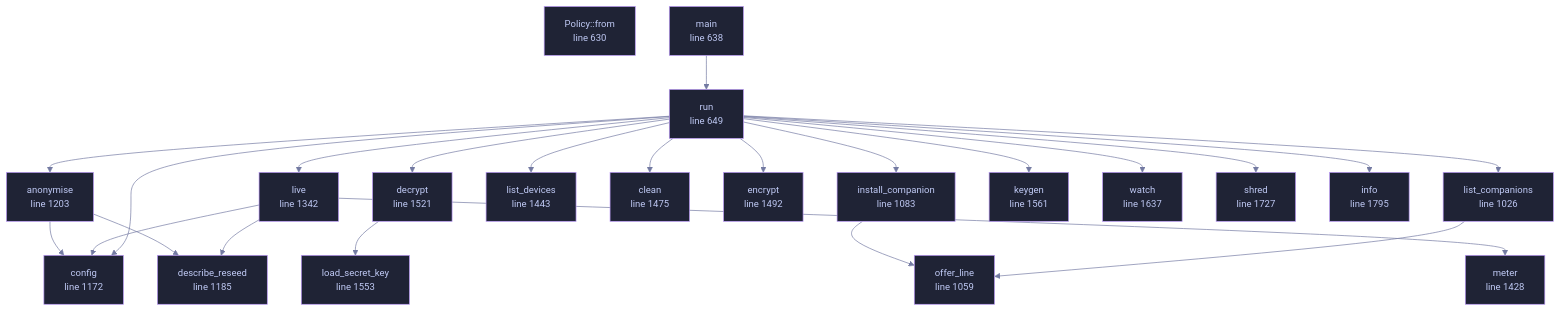
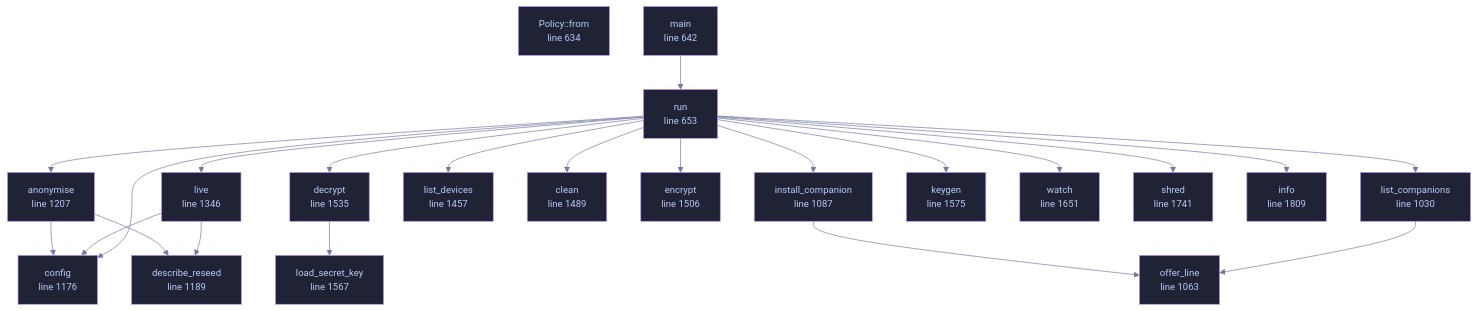
The diagram in docs/files/veilvoice-cli/main.md (tilas01/veilvoice), drawn with Mermaid before and after one commit. The commit also changed other lines of this file and 20 other files, not shown here.

````diff
--- a/docs/files/veilvoice-cli/main.md
+++ b/docs/files/veilvoice-cli/main.md
@@ -115,68 +115,65 @@
 ```mermaid
 %%{init: {"theme":"base","themeVariables":{"background":"#1a1b26","primaryColor":"#1f2335","primaryTextColor":"#c0caf5","primaryBorderColor":"#7aa2f7","secondaryColor":"#16161e","tertiaryColor":"#16161e","lineColor":"#737aa2","textColor":"#c0caf5","mainBkg":"#1f2335","nodeBorder":"#7aa2f7","clusterBkg":"#16161e","clusterBorder":"#2f3549","fontFamily":"ui-monospace, SFMono-Regular, Consolas, monospace","fontSize":"14px"}}}%%
 flowchart TD
-    n_from["Policy::from<br/>line 630"]
-    n_main["main<br/>line 638"]
-    n_run["run<br/>line 649"]
-    n_list_companions["list_companions<br/>line 1026"]
-    n_offer_line["offer_line<br/>line 1059"]
-    n_install_companion["install_companion<br/>line 1083"]
-    n_config["config<br/>line 1172"]
-    n_describe_reseed["describe_reseed<br/>line 1185"]
-    n_anonymise["anonymise<br/>line 1203"]
-    n_live["live<br/>line 1342"]
-    n_meter["meter<br/>line 1428"]
-    n_list_devices["list_devices<br/>line 1443"]
-    n_clean["clean<br/>line 1475"]
-    n_encrypt["encrypt<br/>line 1492"]
-    n_decrypt["decrypt<br/>line 1521"]
-    n_load_secret_key["load_secret_key<br/>line 1553"]
-    n_keygen["keygen<br/>line 1561"]
-    n_watch["watch<br/>line 1637"]
-    n_shred["shred<br/>line 1727"]
-    n_info["info<br/>line 1795"]
+    n_from["Policy::from<br/>line 634"]
+    n_main["main<br/>line 642"]
+    n_run["run<br/>line 653"]
+    n_list_companions["list_companions<br/>line 1030"]
+    n_offer_line["offer_line<br/>line 1063"]
+    n_install_companion["install_companion<br/>line 1087"]
+    n_config["config<br/>line 1176"]
+    n_describe_reseed["describe_reseed<br/>line 1189"]
+    n_anonymise["anonymise<br/>line 1207"]
+    n_live["live<br/>line 1346"]
+    n_list_devices["list_devices<br/>line 1457"]
+    n_clean["clean<br/>line 1489"]
+    n_encrypt["encrypt<br/>line 1506"]
+    n_decrypt["decrypt<br/>line 1535"]
+    n_load_secret_key["load_secret_key<br/>line 1567"]
+    n_keygen["keygen<br/>line 1575"]
+    n_watch["watch<br/>line 1651"]
+    n_shred["shred<br/>line 1741"]
+    n_info["info<br/>line 1809"]
     n_anonymise --> n_config
     n_anonymise --> n_describe_reseed
     n_decrypt --> n_load_secret_key
     n_install_companion --> n_offer_line
     n_list_companions --> n_offer_line
     n_live --> n_config
     n_live --> n_describe_reseed
-    n_live --> n_meter
     n_main --> n_run
     n_run --> n_anonymise
     n_run --> n_clean
     n_run --> n_config
     n_run --> n_decrypt
     n_run --> n_encrypt
     n_run --> n_info
     n_run --> n_install_companion
     n_run --> n_keygen
     n_run --> n_list_companions
     n_run --> n_list_devices
     n_run --> n_live
     n_run --> n_shred
     n_run --> n_watch
-    click n_from href "https://github.com/tilas01/veilvoice/blob/main/crates/veilvoice-cli/src/main.rs#L630" "open the source"
-    click n_main href "https://github.com/tilas01/veilvoice/blob/main/crates/veilvoice-cli/src/main.rs#L638" "open the source"
-    click n_run href "https://github.com/tilas01/veilvoice/blob/main/crates/veilvoice-cli/src/main.rs#L649" "open the source"
-    click n_list_companions href "https://github.com/tilas01/veilvoice/blob/main/crates/veilvoice-cli/src/main.rs#L1026" "open the source"
-    click n_offer_line href "https://github.com/tilas01/veilvoice/blob/main/crates/veilvoice-cli/src/main.rs#L1059" "open the source"
-    click n_install_companion href "https://github.com/tilas01/veilvoice/blob/main/crates/veilvoice-cli/src/main.rs#L1083" "open the source"
-    click n_config href "https://github.com/tilas01/veilvoice/blob/main/crates/veilvoice-cli/src/main.rs#L1172" "open the source"
-    click n_describe_reseed href "https://github.com/tilas01/veilvoice/blob/main/crates/veilvoice-cli/src/main.rs#L1185" "open the source"
-    click n_anonymise href "https://github.com/tilas01/veilvoice/blob/main/crates/veilvoice-cli/src/main.rs#L1203" "open the source"
-    click n_live href "https://github.com/tilas01/veilvoice/blob/main/crates/veilvoice-cli/src/main.rs#L1342" "open the source"
-    click n_meter href "https://github.com/tilas01/veilvoice/blob/main/crates/veilvoice-cli/src/main.rs#L1428" "open the source"
-    click n_list_devices href "https://github.com/tilas01/veilvoice/blob/main/crates/veilvoice-cli/src/main.rs#L1443" "open the source"
-    click n_clean href "https://github.com/tilas01/veilvoice/blob/main/crates/veilvoice-cli/src/main.rs#L1475" "open the source"
-    click n_encrypt href "https://github.com/tilas01/veilvoice/blob/main/crates/veilvoice-cli/src/main.rs#L1492" "open the source"
-    click n_decrypt href "https://github.com/tilas01/veilvoice/blob/main/crates/veilvoice-cli/src/main.rs#L1521" "open the source"
-    click n_load_secret_key href "https://github.com/tilas01/veilvoice/blob/main/crates/veilvoice-cli/src/main.rs#L1553" "open the source"
-    click n_keygen href "https://github.com/tilas01/veilvoice/blob/main/crates/veilvoice-cli/src/main.rs#L1561" "open the source"
-    click n_watch href "https://github.com/tilas01/veilvoice/blob/main/crates/veilvoice-cli/src/main.rs#L1637" "open the source"
-    click n_shred href "https://github.com/tilas01/veilvoice/blob/main/crates/veilvoice-cli/src/main.rs#L1727" "open the source"
-    click n_info href "https://github.com/tilas01/veilvoice/blob/main/crates/veilvoice-cli/src/main.rs#L1795" "open the source"
+    click n_from href "https://github.com/tilas01/veilvoice/blob/main/crates/veilvoice-cli/src/main.rs#L634" "open the source"
+    click n_main href "https://github.com/tilas01/veilvoice/blob/main/crates/veilvoice-cli/src/main.rs#L642" "open the source"
+    click n_run href "https://github.com/tilas01/veilvoice/blob/main/crates/veilvoice-cli/src/main.rs#L653" "open the source"
+    click n_list_companions href "https://github.com/tilas01/veilvoice/blob/main/crates/veilvoice-cli/src/main.rs#L1030" "open the source"
+    click n_offer_line href "https://github.com/tilas01/veilvoice/blob/main/crates/veilvoice-cli/src/main.rs#L1063" "open the source"
+    click n_install_companion href "https://github.com/tilas01/veilvoice/blob/main/crates/veilvoice-cli/src/main.rs#L1087" "open the source"
+    click n_config href "https://github.com/tilas01/veilvoice/blob/main/crates/veilvoice-cli/src/main.rs#L1176" "open the source"
+    click n_describe_reseed href "https://github.com/tilas01/veilvoice/blob/main/crates/veilvoice-cli/src/main.rs#L1189" "open the source"
+    click n_anonymise href "https://github.com/tilas01/veilvoice/blob/main/crates/veilvoice-cli/src/main.rs#L1207" "open the source"
+    click n_live href "https://github.com/tilas01/veilvoice/blob/main/crates/veilvoice-cli/src/main.rs#L1346" "open the source"
+    click n_list_devices href "https://github.com/tilas01/veilvoice/blob/main/crates/veilvoice-cli/src/main.rs#L1457" "open the source"
+    click n_clean href "https://github.com/tilas01/veilvoice/blob/main/crates/veilvoice-cli/src/main.rs#L1489" "open the source"
+    click n_encrypt href "https://github.com/tilas01/veilvoice/blob/main/crates/veilvoice-cli/src/main.rs#L1506" "open the source"
+    click n_decrypt href "https://github.com/tilas01/veilvoice/blob/main/crates/veilvoice-cli/src/main.rs#L1535" "open the source"
+    click n_load_secret_key href "https://github.com/tilas01/veilvoice/blob/main/crates/veilvoice-cli/src/main.rs#L1567" "open the source"
+    click n_keygen href "https://github.com/tilas01/veilvoice/blob/main/crates/veilvoice-cli/src/main.rs#L1575" "open the source"
+    click n_watch href "https://github.com/tilas01/veilvoice/blob/main/crates/veilvoice-cli/src/main.rs#L1651" "open the source"
+    click n_shred href "https://github.com/tilas01/veilvoice/blob/main/crates/veilvoice-cli/src/main.rs#L1741" "open the source"
+    click n_info href "https://github.com/tilas01/veilvoice/blob/main/crates/veilvoice-cli/src/main.rs#L1809" "open the source"
     classDef helper fill:#1f2335,stroke:#bb9af7,color:#c0caf5
-    class n_from,n_main,n_run,n_list_companions,n_offer_line,n_install_companion,n_config,n_describe_reseed,n_anonymise,n_live,n_meter,n_list_devices,n_clean,n_encrypt,n_decrypt,n_load_secret_key,n_keygen,n_watch,n_shred,n_info helper
+    class n_from,n_main,n_run,n_list_companions,n_offer_line,n_install_companion,n_config,n_describe_reseed,n_anonymise,n_live,n_list_devices,n_clean,n_encrypt,n_decrypt,n_load_secret_key,n_keygen,n_watch,n_shred,n_info helper
 ```
````
